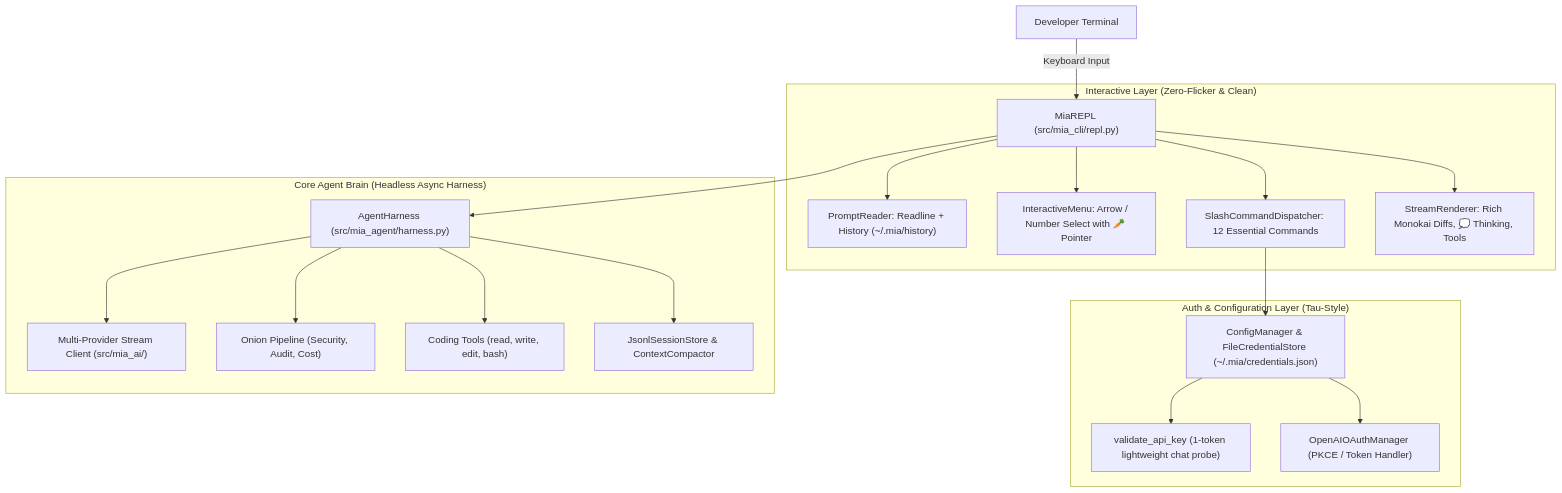
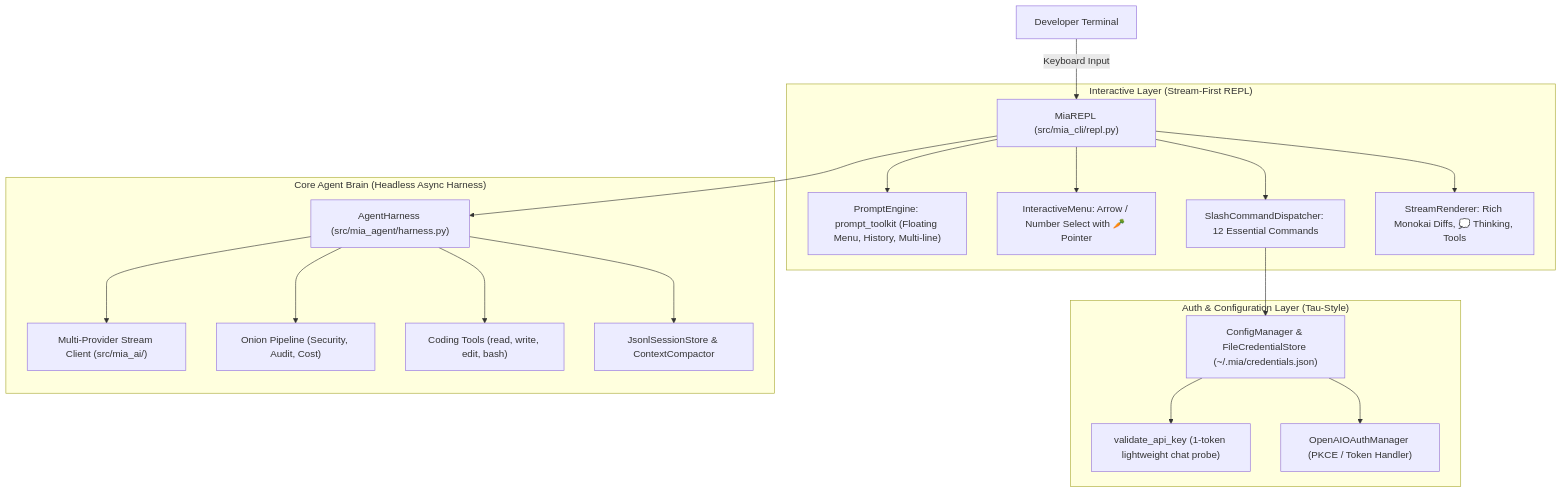
One commit to sovorn-c/mia changed the diagram in specs/tech-architecture/tech-stack.md. Above: the diagram before and after it, drawn with Mermaid. The commit also changed other lines of this file, not shown here.

Commit message:
docs(spec): document Stream-First REPL architecture and prompt_toolkit spec in tech-stack.md

````diff
--- a/specs/tech-architecture/tech-stack.md
+++ b/specs/tech-architecture/tech-stack.md
@@ -11,25 +11,25 @@
 ```mermaid
 graph TD
     User["Developer Terminal"] -->|Keyboard Input| REPL["MiaREPL (src/mia_cli/repl.py)"]
     
-    subgraph "Interactive Layer (Zero-Flicker & Clean)"
-        REPL --> Reader["PromptReader: Readline + History (~/.mia/history)"]
+    subgraph "Interactive Layer (Stream-First REPL)"
+        REPL --> PromptEngine["PromptEngine: prompt_toolkit (Floating Menu, History, Multi-line)"]
         REPL --> Selector["InteractiveMenu: Arrow / Number Select with 🥕 Pointer"]
         REPL --> Commands["SlashCommandDispatcher: 12 Essential Commands"]
         REPL --> StreamView["StreamRenderer: Rich Monokai Diffs, 💭 Thinking, Tools"]
     end
     
     subgraph "Auth & Configuration Layer (Tau-Style)"
         Commands --> AuthMgr["ConfigManager & FileCredentialStore (~/.mia/credentials.json)"]
         AuthMgr --> KeyProbe["validate_api_key (1-token lightweight chat probe)"]
         AuthMgr --> OAuth["OpenAIOAuthManager (PKCE / Token Handler)"]
     end
     
     subgraph "Core Agent Brain (Headless Async Harness)"
         REPL --> Harness["AgentHarness (src/mia_agent/harness.py)"]
         Harness --> LLMProvider["Multi-Provider Stream Client (src/mia_ai/)"]
         Harness --> Middleware["Onion Pipeline (Security, Audit, Cost)"]
         Harness --> Tools["Coding Tools (read, write, edit, bash)"]
         Harness --> SessionStore["JsonlSessionStore & ContextCompactor"]
     end
 ```
````
